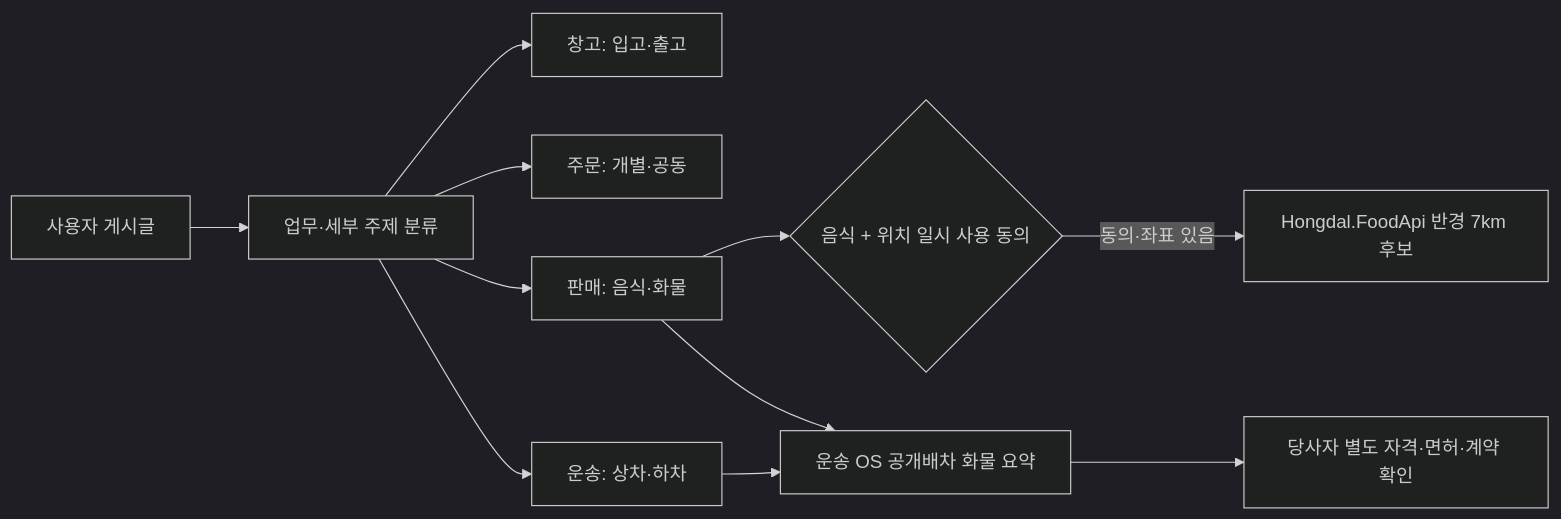
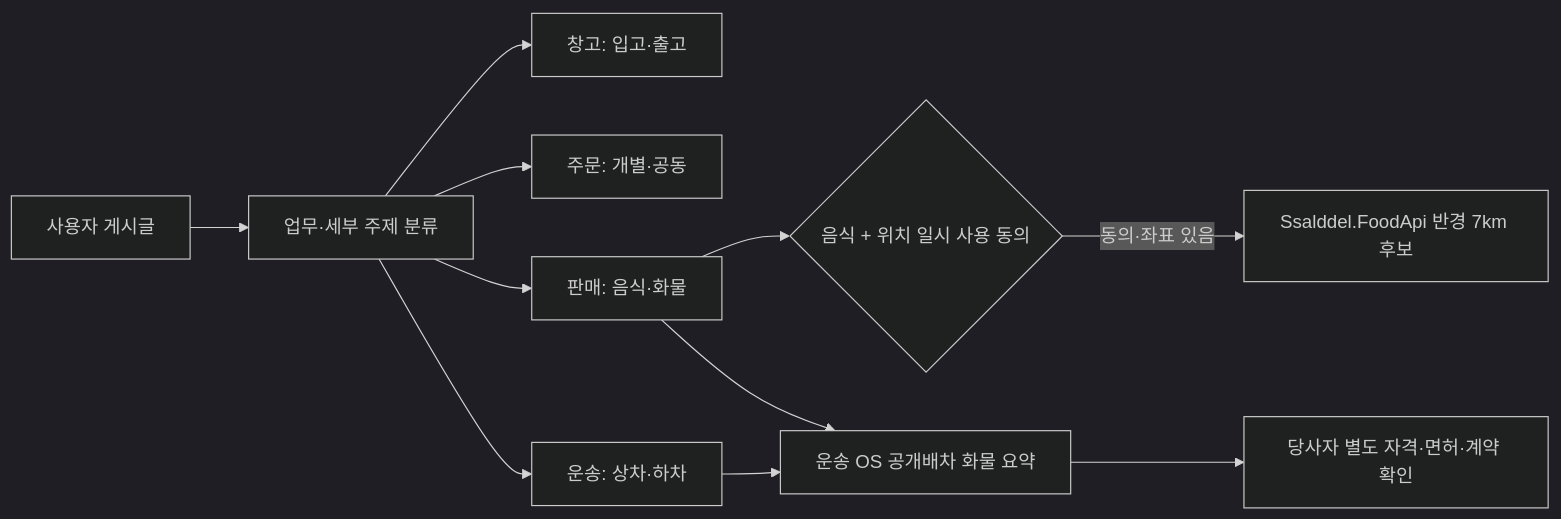
The diagram in docs/Architecture/CommunityDynamicTopicDiscovery.md (cheolwo/hongdal), drawn with Mermaid (dark theme) before and after one commit. The commit also changed 6611 other files, not shown here.

Commit message:
refactor: rename Hongdal to Ssalddel

````diff
--- a/docs/Architecture/CommunityDynamicTopicDiscovery.md
+++ b/docs/Architecture/CommunityDynamicTopicDiscovery.md
@@ -27,13 +27,13 @@
 ```mermaid
 flowchart LR
     A["사용자 게시글"] --> B["업무·세부 주제 분류"]
     B --> C["창고: 입고·출고"]
     B --> D["주문: 개별·공동"]
     B --> E["판매: 음식·화물"]
     B --> F["운송: 상차·하차"]
     E --> G{"음식 + 위치 일시 사용 동의"}
-    G -->|동의·좌표 있음| H["Hongdal.FoodApi 반경 7km 후보"]
+    G -->|동의·좌표 있음| H["Ssalddel.FoodApi 반경 7km 후보"]
     E --> I["운송 OS 공개배차 화물 요약"]
     F --> I
     I --> J["당사자 별도 자격·면허·계약 확인"]
 ```
````
